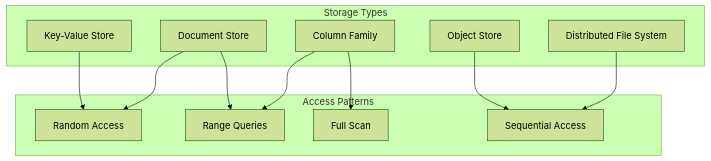
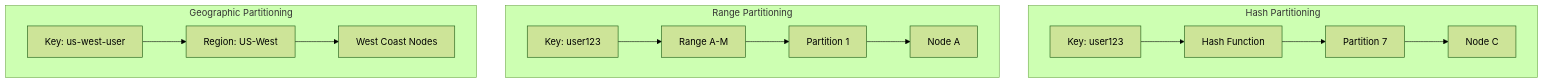
The second of 8 diagrams in docs/pattern-library/data-management/distributed-storage.md (deepaucksharma/DStudio), drawn with Mermaid (forest theme) before and after one commit. The commit also changed other lines of this file and 12 other files, not shown here.

````diff
--- a/docs/pattern-library/data-management/distributed-storage.md
+++ b/docs/pattern-library/data-management/distributed-storage.md
@@ -68,25 +130,19 @@
 ```mermaid
 graph TB
- subgraph "Storage Types"
- KV[Key-Value Store]
- Doc[Document Store]
- Col[Column Family]
- Obj[Object Store]
- FS[Distributed File System]
- end
- 
- subgraph "Access Patterns"
- Rand[Random Access]
- Seq[Sequential Access]
- Range[Range Queries]
- Full[Full Scan]
- end
- 
- KV --> Rand
- Doc --> Rand
- Doc --> Range
- Col --> Range
- Col --> Full
- Obj --> Seq
- FS --> Seq
+    subgraph "Hash Partitioning"
+        HK[Key: user123] --> HF[Hash Function]
+        HF --> HP[Partition 7]
+        HP --> HN[Node C]
+    end
+    
+    subgraph "Range Partitioning"
+        RK[Key: user123] --> RR[Range A-M]
+        RR --> RP[Partition 1]
+        RP --> RN[Node A]
+    end
+    
+    subgraph "Geographic Partitioning"
+        GK[Key: us-west-user] --> GR[Region: US-West]
+        GR --> GP[West Coast Nodes]
+    end
 ```
````
